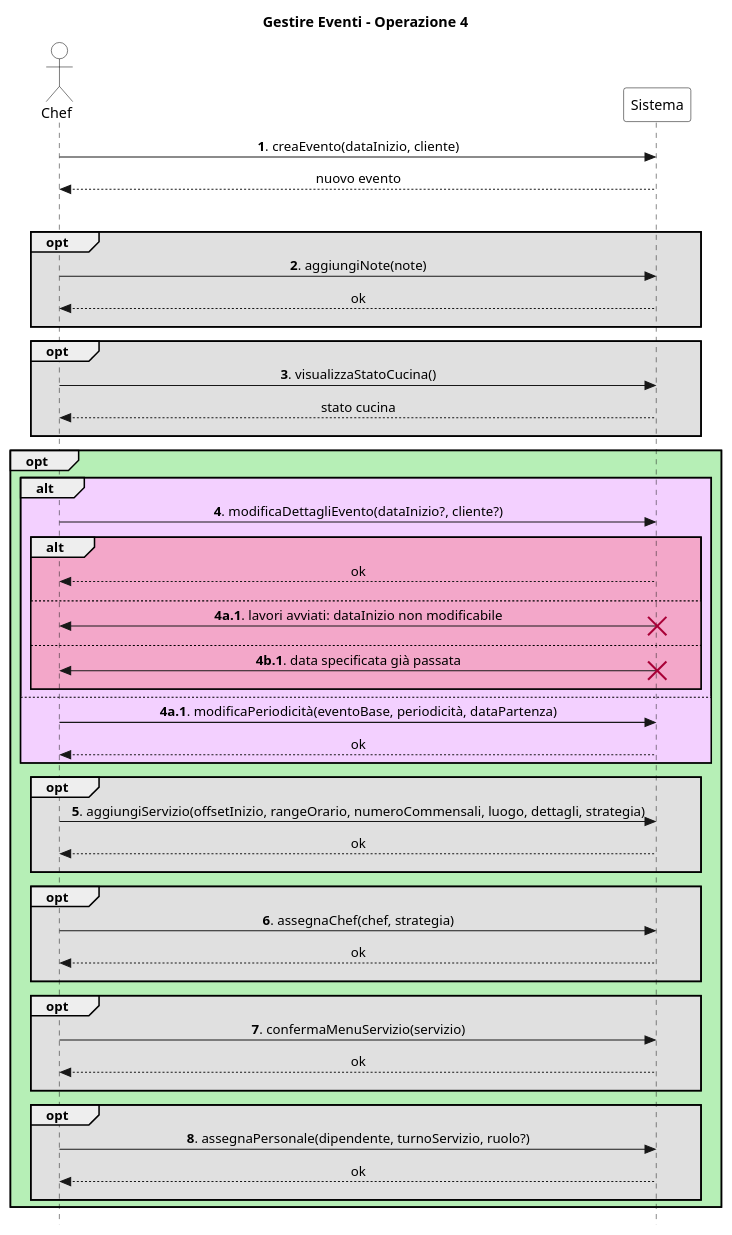
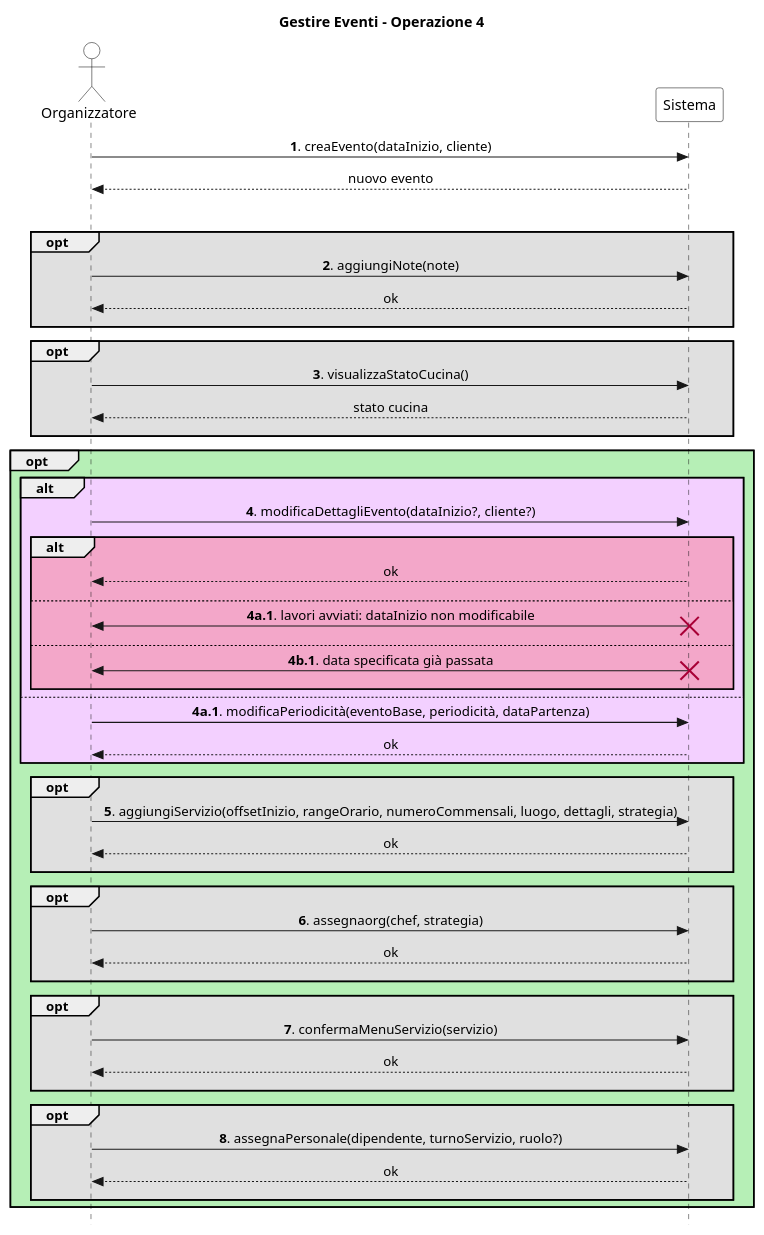
The diagram in UP/Requisiti/UC Gestire Eventi/SSD/Estensioni-Eccezioni Op4.puml (stefa168/sas-project), drawn with PlantUML before and after one commit. The commit also changed 5 other files, not shown here.

```diff
--- a/UP/Requisiti/UC Gestire Eventi/SSD/Estensioni-Eccezioni Op4.puml
+++ b/UP/Requisiti/UC Gestire Eventi/SSD/Estensioni-Eccezioni Op4.puml
@@ -1,77 +1,77 @@
 @startuml
 skinparam Style strictuml
 skinparam SequenceMessageAlign center
 
 skinparam sequence {
     ActorBorderColor Black
     ActorBackgroundColor White
     ParticipantBorderColor Black
     ParticipantBackgroundColor White
 }
 
-actor Chef
+actor "Organizzatore" as org
 participant Sistema
 
 title Gestire Eventi - Operazione 4
 
-Chef -> Sistema: **1**. creaEvento(dataInizio, cliente)
+org -> Sistema: **1**. creaEvento(dataInizio, cliente)
 return nuovo evento
 
 loop #e0e0e0
     opt #e0e0e0
-        Chef -> Sistema: **2**. aggiungiNote(note)
+        org -> Sistema: **2**. aggiungiNote(note)
         return ok
         ||10||
     end
 
     opt #e0e0e0
-        Chef -> Sistema: **3**. visualizzaStatoCucina()
+        org -> Sistema: **3**. visualizzaStatoCucina()
         return stato cucina
         ||10||
     end
 
     opt #b6efb6
         alt #f3d0ff
-            Chef -> Sistema: **4**. modificaDettagliEvento(dataInizio?, cliente?)
+            org -> Sistema: **4**. modificaDettagliEvento(dataInizio?, cliente?)
             alt #f3a7c9
                 return ok
                 ||10||
             else
-                Chef <- Sistema: **4a.1**. lavori avviati: dataInizio non modificabile
+                org <- Sistema: **4a.1**. lavori avviati: dataInizio non modificabile
                 destroy Sistema
                 ||10||
              else
-                Chef <- Sistema: **4b.1**. data specificata già passata
+                org <- Sistema: **4b.1**. data specificata già passata
                 destroy Sistema
                 ||10||
             end
         else
-            Chef -> Sistema: **4a.1**. modificaPeriodicità(eventoBase, periodicità, dataPartenza)
+            org -> Sistema: **4a.1**. modificaPeriodicità(eventoBase, periodicità, dataPartenza)
             return ok
     end
 
     opt #e0e0e0
-        Chef -> Sistema: **5**. aggiungiServizio(offsetInizio, rangeOrario, numeroCommensali, luogo, dettagli, strategia)
+        org -> Sistema: **5**. aggiungiServizio(offsetInizio, rangeOrario, numeroCommensali, luogo, dettagli, strategia)
         return ok
         ||10||
     end
 
     opt #e0e0e0
-        Chef -> Sistema: **6**. assegnaChef(chef, strategia)
+        org -> Sistema: **6**. assegnaorg(chef, strategia)
         return ok
         ||10||
     end
 
     opt #e0e0e0
-        Chef -> Sistema: **7**. confermaMenuServizio(servizio)
+        org -> Sistema: **7**. confermaMenuServizio(servizio)
         return ok
         ||10||
     end
 
     opt #e0e0e0
-        Chef -> Sistema: **8**. assegnaPersonale(dipendente, turnoServizio, ruolo?)
+        org -> Sistema: **8**. assegnaPersonale(dipendente, turnoServizio, ruolo?)
         return ok
         ||10||
     end
 end
 @enduml
```
